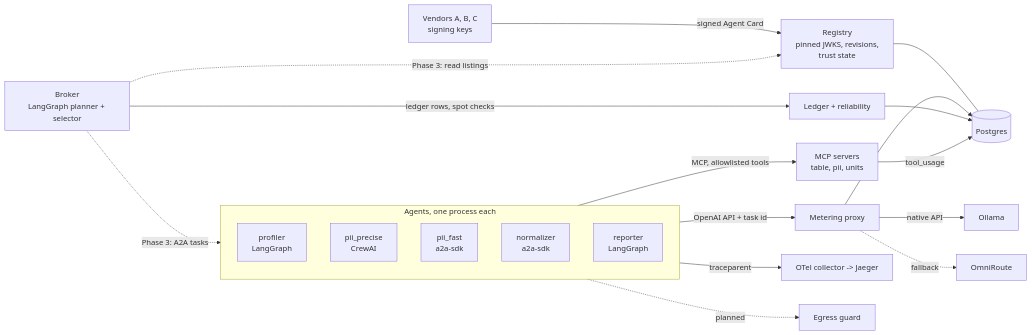
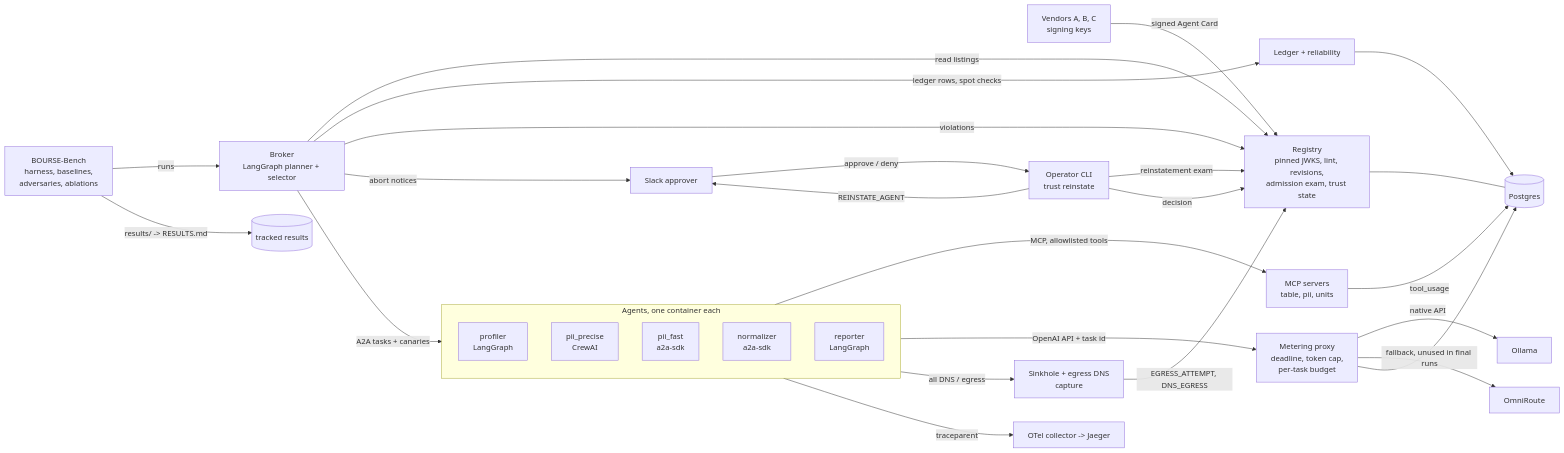
Before and after one commit to hamidmatiny/bourse: the diagram in README.md, drawn with Mermaid. The commit also changed other lines of this file, not shown here.

First line of the commit message:
README: What it is, Why and Architecture rewritten for v1.0.0

````diff
--- a/README.md
+++ b/README.md
@@ -44,24 +63,33 @@
 ```mermaid
 flowchart LR
-    V[Vendors A, B, C<br/>signing keys] -->|signed Agent Card| R[Registry<br/>pinned JWKS, revisions,<br/>trust state]
+    V[Vendors A, B, C<br/>signing keys] -->|signed Agent Card| R[Registry<br/>pinned JWKS, lint, revisions,<br/>admission exam, trust state]
     R --- DB[(Postgres)]
-    B[Broker<br/>LangGraph planner + selector] -.->|Phase 3: read listings| R
-    B -.->|Phase 3: A2A tasks| AG
-    subgraph AG[Agents, one process each]
+    B[Broker<br/>LangGraph planner + selector] -->|read listings| R
+    B -->|A2A tasks + canaries| AG
+    subgraph AG[Agents, one container each]
         P[profiler<br/>LangGraph]
         PP[pii_precise<br/>CrewAI]
         PF[pii_fast<br/>a2a-sdk]
         N[normalizer<br/>a2a-sdk]
         RP[reporter<br/>LangGraph]
     end
     AG -->|MCP, allowlisted tools| M[MCP servers<br/>table, pii, units]
-    AG -->|OpenAI API + task id| MT[Metering proxy]
+    AG -->|OpenAI API + task id| MT[Metering proxy<br/>deadline, token cap,<br/>per-task budget]
     MT -->|native API| O[Ollama]
-    MT -.->|fallback| OR[OmniRoute]
+    MT -->|fallback, unused in final runs| OR[OmniRoute]
     MT --> DB
     B -->|ledger rows, spot checks| L[Ledger + reliability]
     L --> DB
+    B -->|violations| R
     M -->|tool_usage| DB
+    AG -->|all DNS / egress| S[Sinkhole + egress DNS<br/>capture]
+    S -->|EGRESS_ATTEMPT, DNS_EGRESS| R
+    OP[Operator CLI<br/>trust reinstate] -->|reinstatement exam| R
+    OP -->|REINSTATE_AGENT| AP[Slack approver]
+    AP -->|approve / deny| OP
+    OP -->|decision| R
+    B -->|abort notices| AP
     AG -->|traceparent| OT[OTel collector -> Jaeger]
-    AG -.->|planned| E[Egress guard]
+    BB[BOURSE-Bench<br/>harness, baselines,<br/>adversaries, ablations] -->|runs| B
+    BB -->|results/ -> RESULTS.md| RES[(tracked results)]
 ```
````
